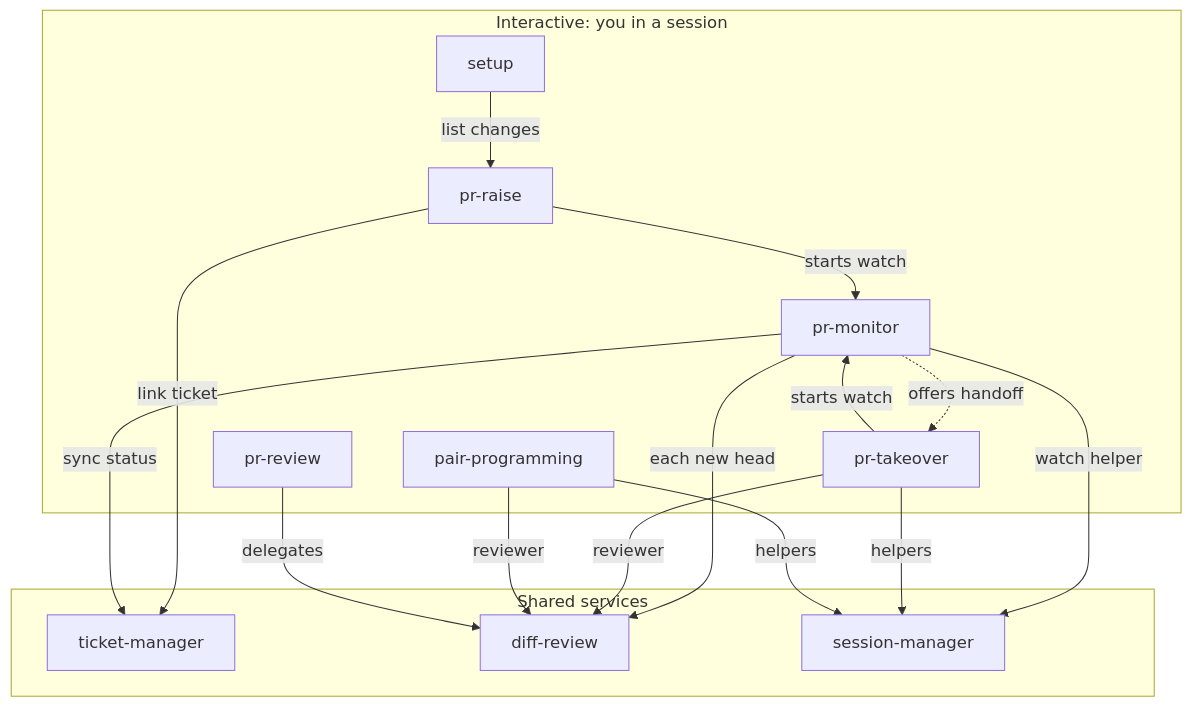
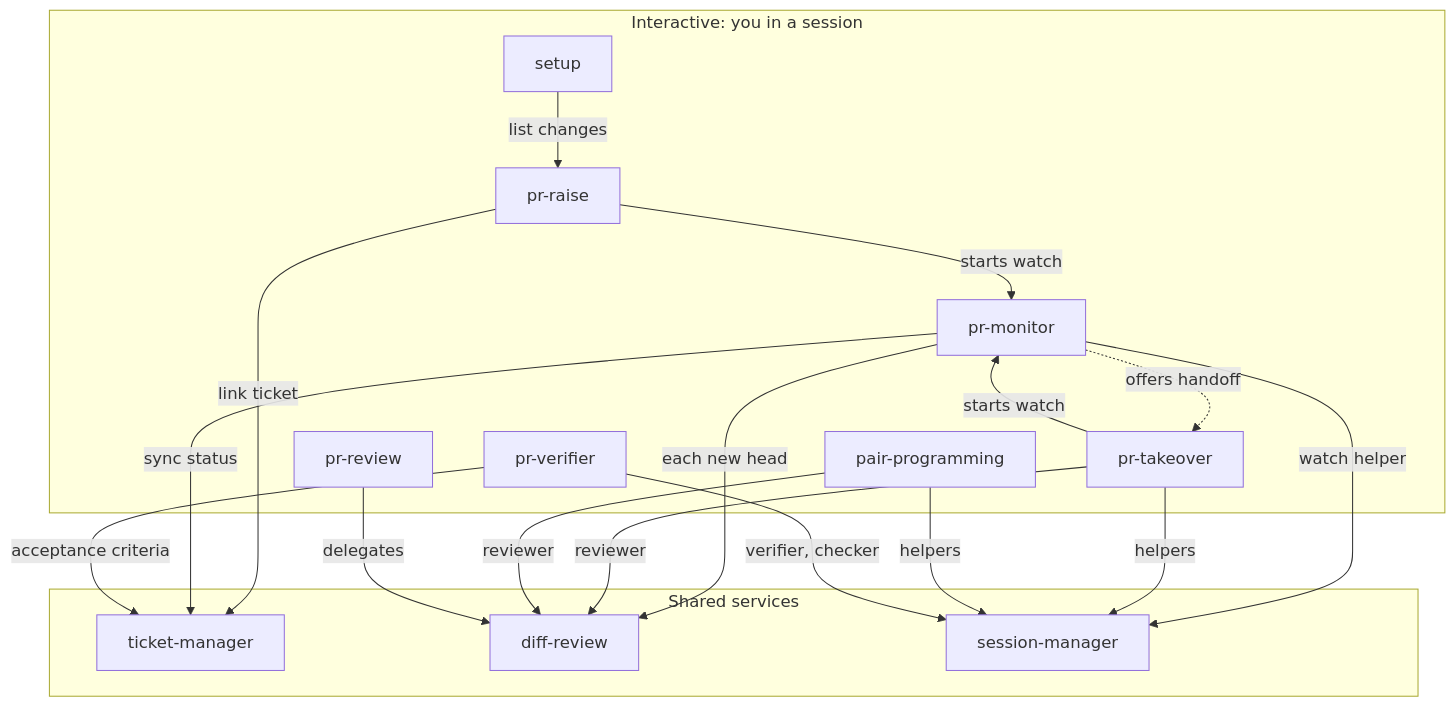
One commit to purnachand-jaddu/ai-skills changed the diagram in README.md. Above: the diagram before and after it, drawn with Mermaid. The commit also changed 2 other files, not shown here.

Commit message:
feat(pr-monitor): show pr-verifier's verdict for the head
The report gains one line with the verdict and whether it is stale. It
is never acted on, so Draft state still follows the review alone.

````diff
--- a/README.md
+++ b/README.md
@@ -9,30 +9,33 @@
 ```mermaid
 flowchart TD
   subgraph interactive["Interactive: you in a session"]
     raise[pr-raise]
     takeover[pr-takeover]
     pair[pair-programming]
     monitor[pr-monitor]
     prreview[pr-review]
+    verifier[pr-verifier]
     setup[setup]
   end
   subgraph services["Shared services"]
     tickets[ticket-manager]
     review[diff-review]
     sessions[session-manager]
   end
 
   raise -->|starts watch| monitor
   takeover -->|starts watch| monitor
   monitor -.->|offers handoff| takeover
   raise -->|link ticket| tickets
   monitor -->|sync status| tickets
   monitor -->|each new head| review
   monitor -->|watch helper| sessions
   takeover -->|reviewer| review
   takeover -->|helpers| sessions
   pair -->|reviewer| review
   prreview -->|delegates| review
   pair -->|helpers| sessions
+  verifier -->|verifier, checker| sessions
+  verifier -->|acceptance criteria| tickets
   setup -->|list changes| raise
 ```
````
